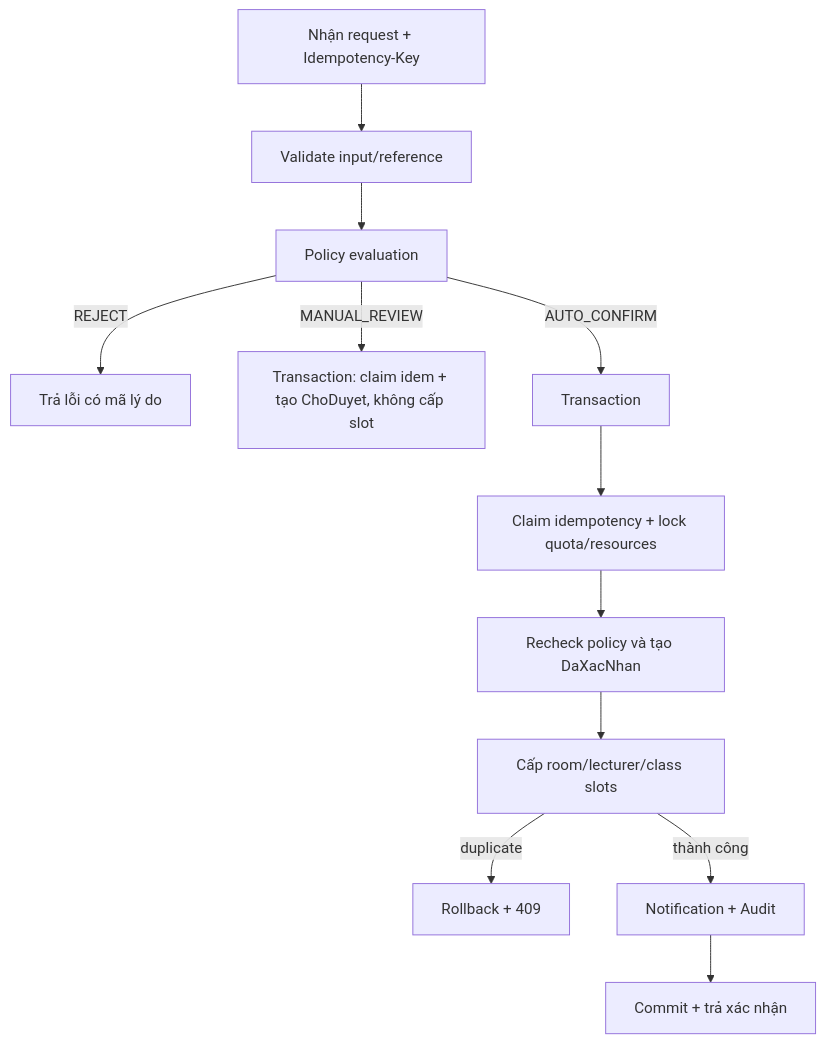
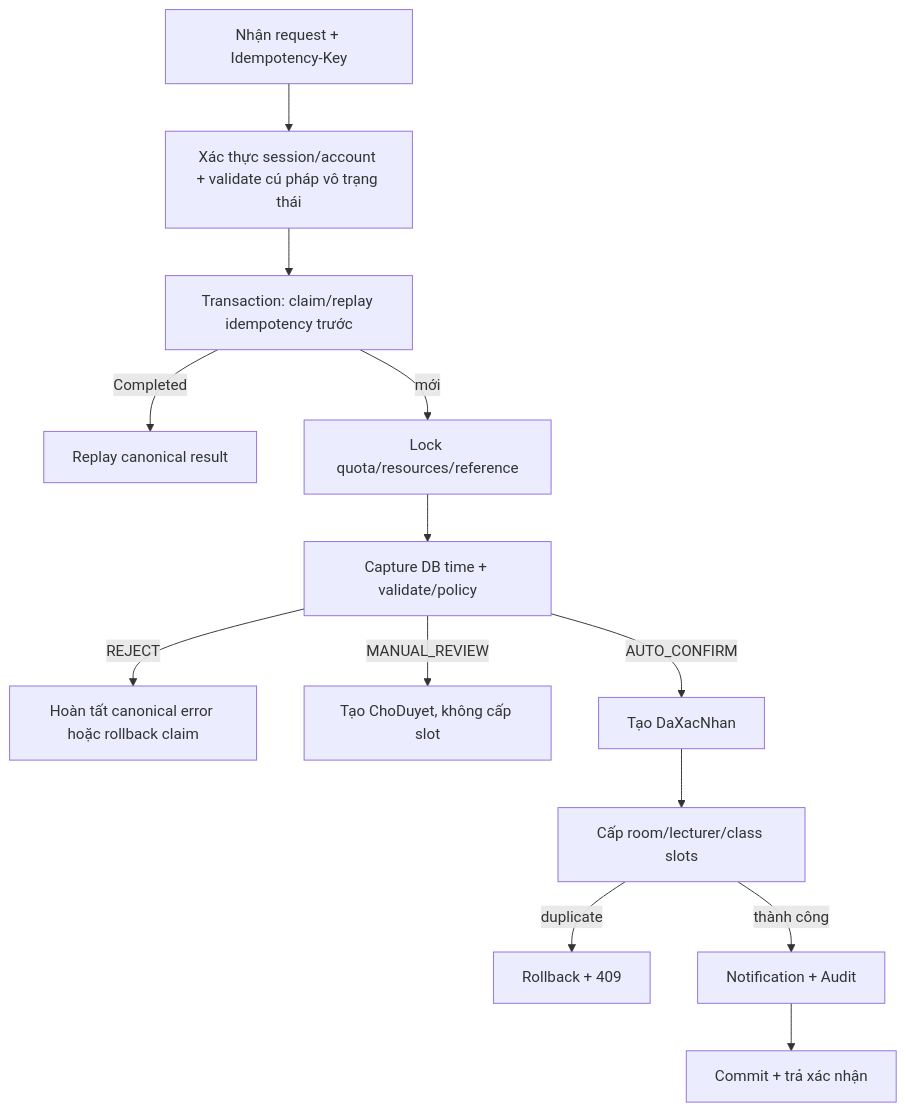
The second of 2 diagrams in DESIGN_ROOM_BOOKING_DRAFT.md (lvhoaa01/SystemRegistrationAndClassroomUsageManagement), drawn with Mermaid before and after one commit. The commit also changed other lines of this file and 2 other files, not shown here.

````diff
--- a/DESIGN_ROOM_BOOKING_DRAFT.md
+++ b/DESIGN_ROOM_BOOKING_DRAFT.md
@@ -566,14 +766,15 @@
 ```mermaid
 flowchart TD
-    A[Nhận request + Idempotency-Key] --> B[Validate input/reference]
-    B --> C[Policy evaluation]
-    C -->|REJECT| X[Trả lỗi có mã lý do]
-    C -->|MANUAL_REVIEW| D[Transaction: claim idem + tạo ChoDuyet, không cấp slot]
-    C -->|AUTO_CONFIRM| E[Transaction]
-    E --> F[Claim idempotency + lock quota/resources]
-    F --> G[Recheck policy và tạo DaXacNhan]
+    A[Nhận request + Idempotency-Key] --> B[Xác thực session/account + validate cú pháp vô trạng thái]
+    B --> C[Transaction: claim/replay idempotency trước]
+    C -->|Completed| R[Replay canonical result]
+    C -->|mới| E[Lock quota/resources/reference]
+    E --> F[Capture DB time + validate/policy]
+    F -->|REJECT| X[Hoàn tất canonical error hoặc rollback claim]
+    F -->|MANUAL_REVIEW| D[Tạo ChoDuyet, không cấp slot]
+    F -->|AUTO_CONFIRM| G[Tạo DaXacNhan]
     G --> H[Cấp room/lecturer/class slots]
     H -->|duplicate| Y[Rollback + 409]
     H -->|thành công| I[Notification + Audit]
     I --> J[Commit + trả xác nhận]
 ```
````
